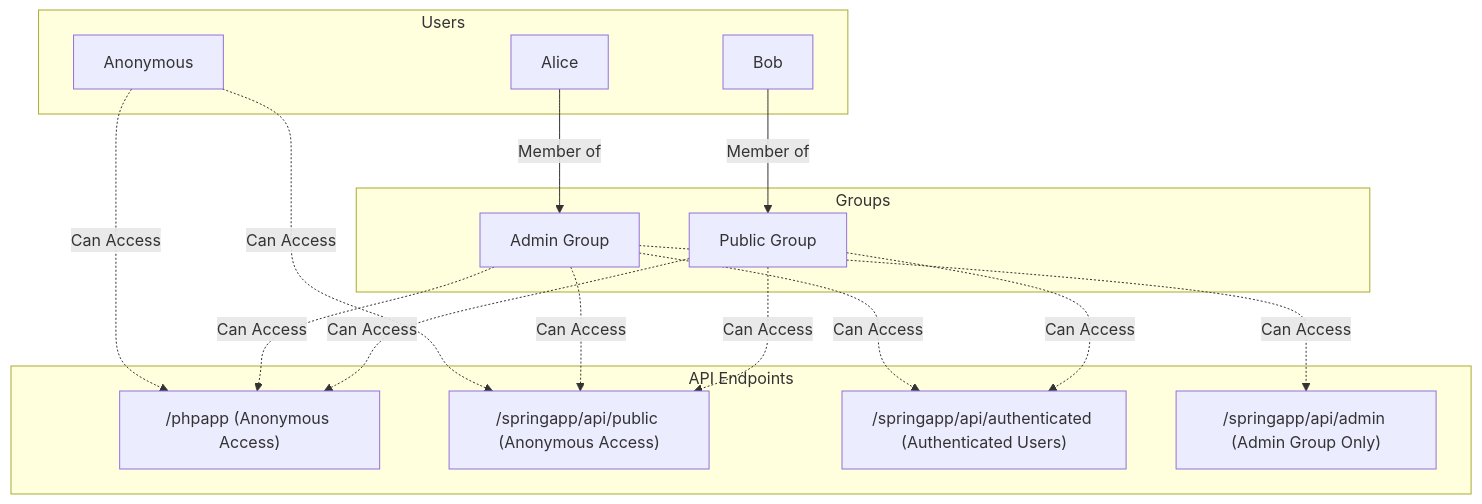
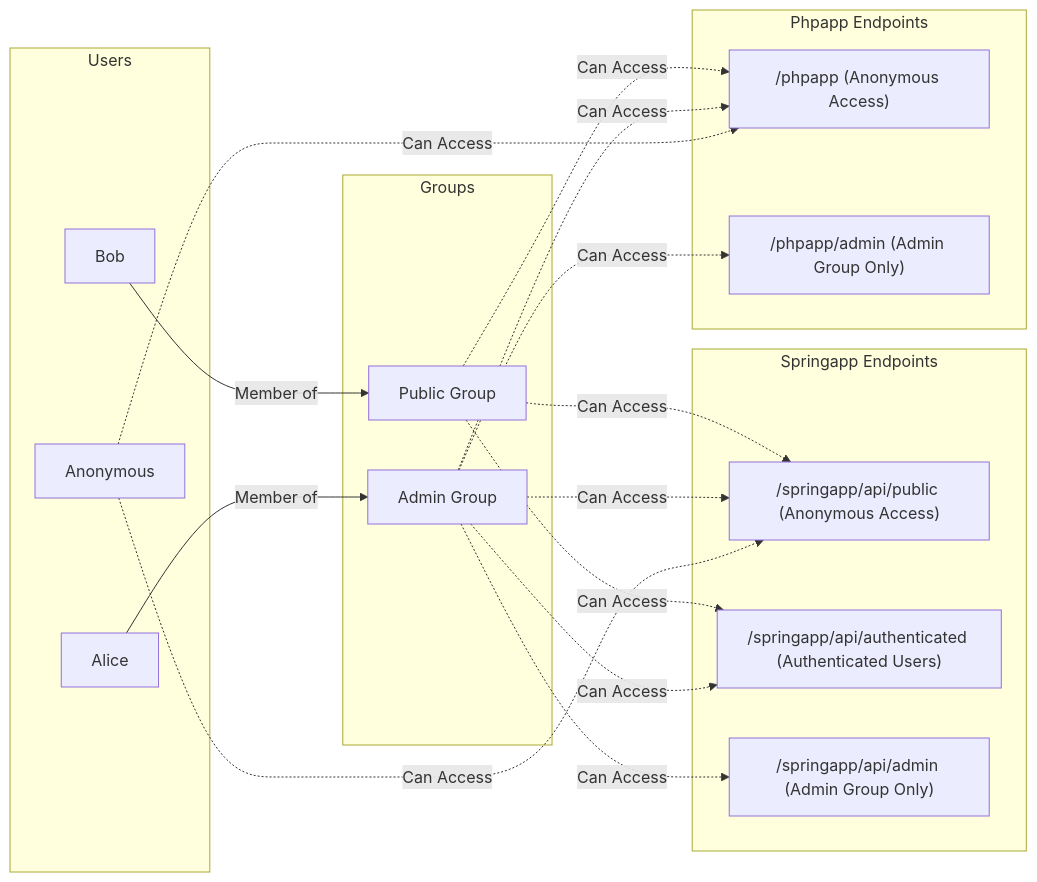
The second of 2 diagrams in README.md (FrankleyRocha/poc-kong), drawn with Mermaid before and after one commit. The commit also changed 8 other files, not shown here.

````diff
--- a/README.md
+++ b/README.md
@@ -46,32 +46,36 @@
 ```mermaid
-graph TD
-
+graph LR
   subgraph Groups
     PublicGroup["Public Group"]
     AdminGroup[Admin Group]
   end
 
   PublicGroup -.->|Can Access| Phpapp
   PublicGroup -.->|Can Access| SpringappPublicEndpoint
   PublicGroup -.->|Can Access| SpringappAuthenticatedEndpoint
   AdminGroup -.->|Can Access| Phpapp
   AdminGroup -.->|Can Access| SpringappPublicEndpoint
   AdminGroup -.->|Can Access| SpringappAuthenticatedEndpoint
   AdminGroup -.->|Can Access| SpringappAdminEndpoint
+  AdminGroup -.->|Can Access| PhpappAdminEndpoint
 
   subgraph Users
     Bob -->|Member of| PublicGroup
     Alice -->|Member of| AdminGroup
     Anonymous
   end
 
   Anonymous -.->|Can Access| SpringappPublicEndpoint
   Anonymous -.->|Can Access| Phpapp
 
-  subgraph API Endpoints
-    Phpapp["/phpapp (Anonymous Access)"]
+  subgraph Springapp Endpoints
     SpringappPublicEndpoint["/springapp/api/public (Anonymous Access)"]
     SpringappAuthenticatedEndpoint["/springapp/api/authenticated (Authenticated Users)"]
     SpringappAdminEndpoint["/springapp/api/admin (Admin Group Only)"]
   end
+
+  subgraph Phpapp Endpoints
+    Phpapp["/phpapp (Anonymous Access)"]
+    PhpappAdminEndpoint["/phpapp/admin (Admin Group Only)"]
+  end
 ```
````
